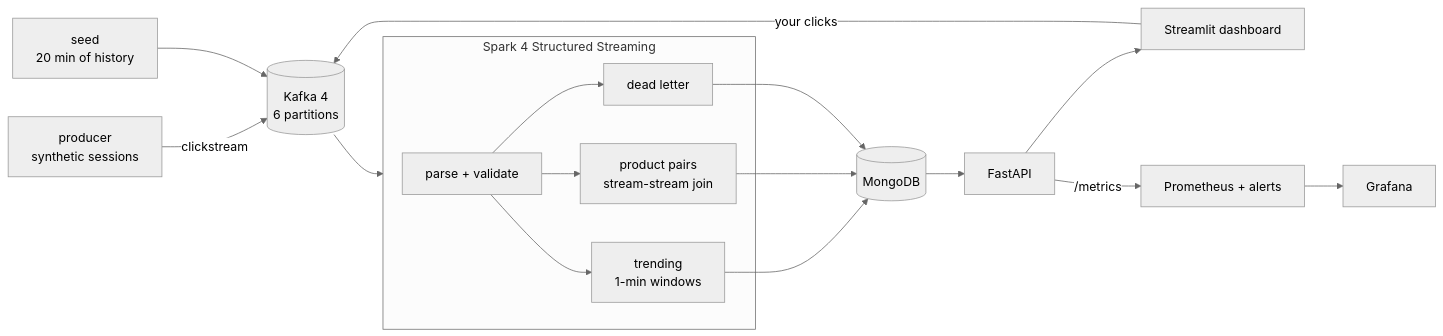
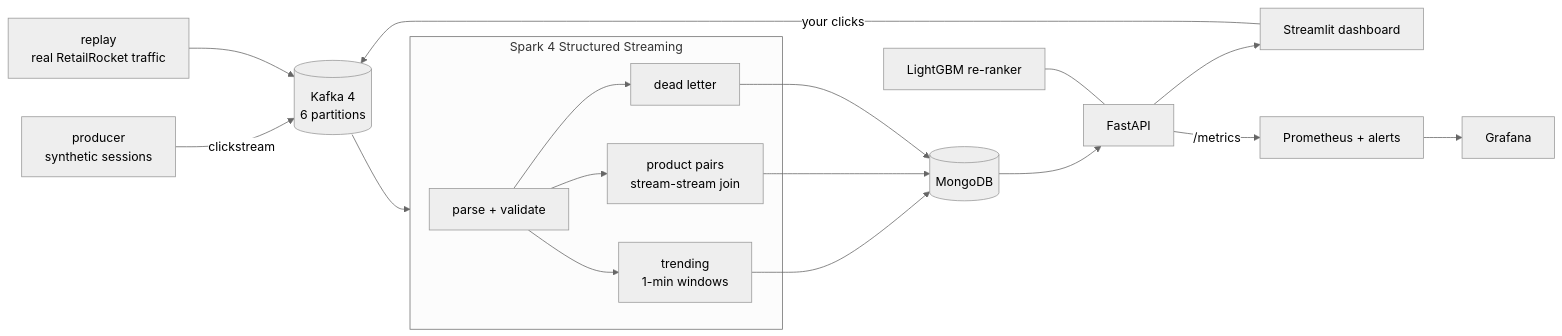
Before and after one commit to BrishavDebnath/streaming-product-affinity: the diagram in README.md, drawn with Mermaid (neutral theme). The commit also changed other lines of this file and 28 other files, not shown here.

````diff
--- a/README.md
+++ b/README.md
@@ -14,18 +14,19 @@
 ```mermaid
 flowchart LR
     P[producer<br/>synthetic sessions] -->|clickstream| K[(Kafka 4<br/>6 partitions)]
-    S[seed<br/>20 min of history] --> K
+    R[replay<br/>real RetailRocket traffic] --> K
     D[Streamlit dashboard] -->|your clicks| K
     K --> J
     subgraph J[Spark 4 Structured Streaming]
         V[parse + validate] --> T[trending<br/>1-min windows]
         V --> PP[product pairs<br/>stream-stream join]
         V --> DL[dead letter]
     end
     T --> M[(MongoDB)]
     PP --> M
     DL --> M
     M --> A[FastAPI]
+    LR[LightGBM re-ranker] --- A
     A --> D
     A -->|/metrics| PR[Prometheus + alerts] --> G[Grafana]
 ```
````
